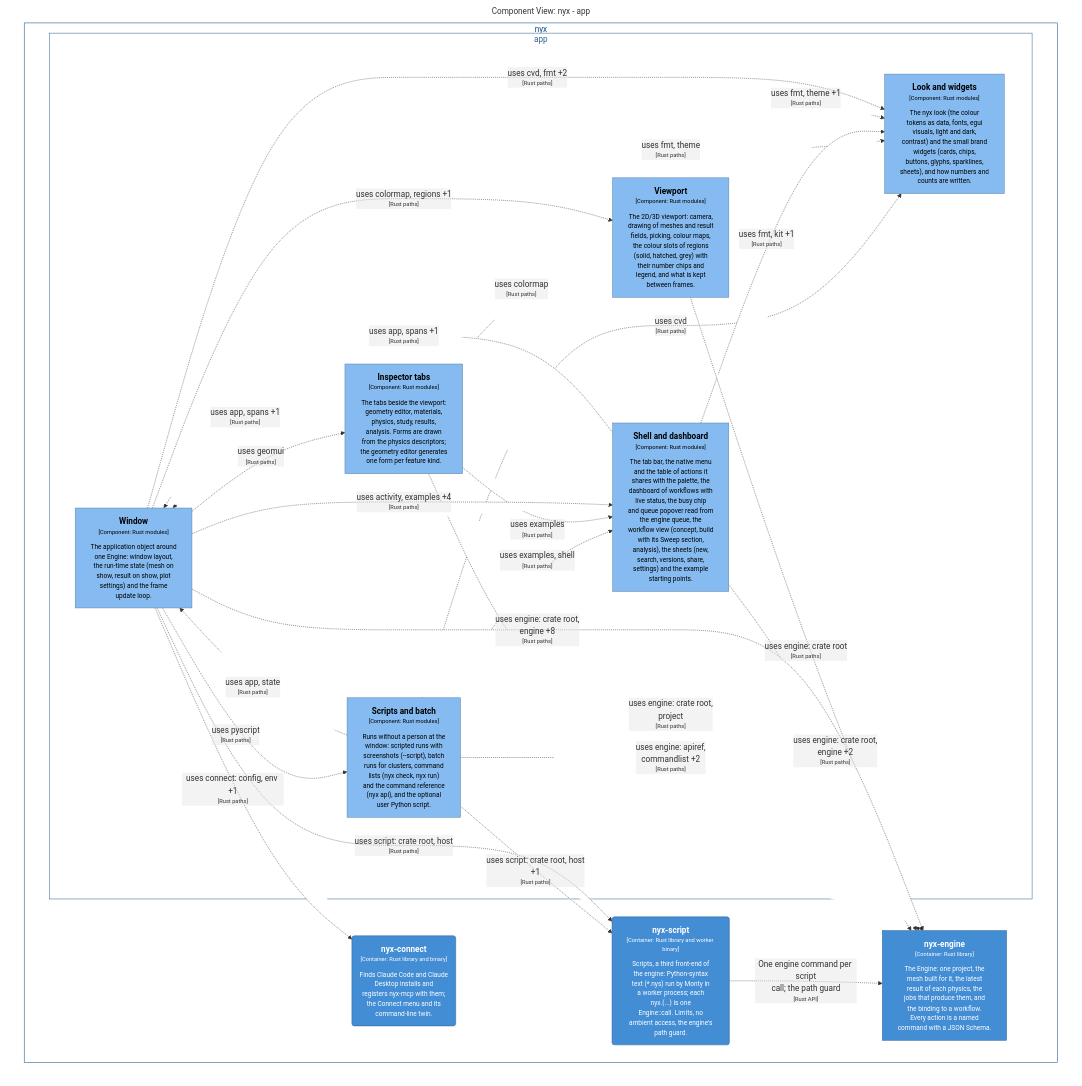
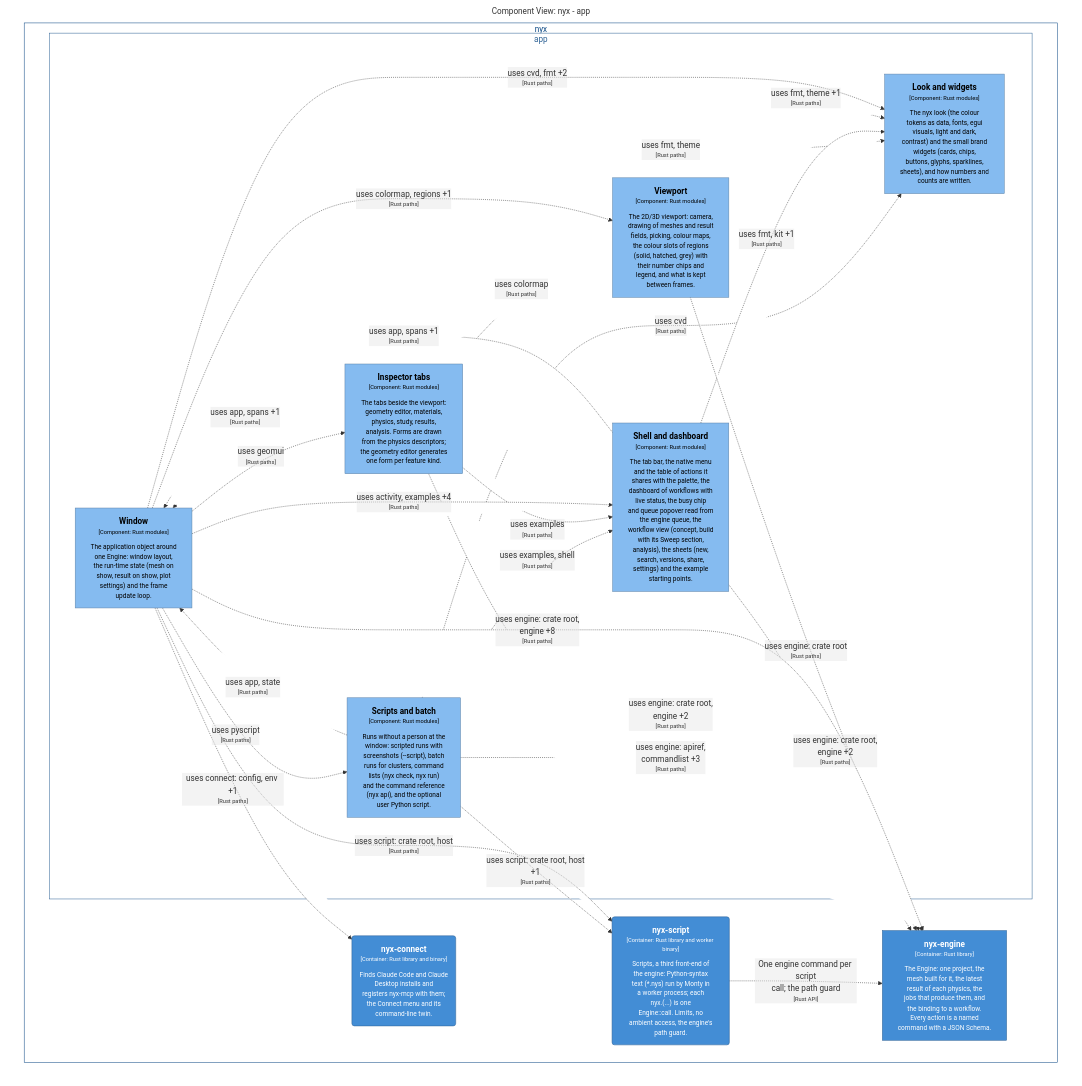
The diagram in docs/architecture/c4/export/mermaid/structurizr-Components_app.mmd (p-j-r/nyx), drawn with Mermaid before and after one commit. The commit also changed 150 other files, not shown here.

```diff
--- a/docs/architecture/c4/export/mermaid/structurizr-Components_app.mmd
+++ b/docs/architecture/c4/export/mermaid/structurizr-Components_app.mmd
@@ -1,60 +1,60 @@
 graph TB
   linkStyle default fill:#ffffff
 
   subgraph diagram ["Component View: nyx - app"]
     style diagram fill:#ffffff,stroke:#ffffff
 
     subgraph 5 ["nyx"]
       style 5 fill:#ffffff,stroke:#0b4884,color:#0b4884
 
       subgraph 6 ["app"]
         style 6 fill:#ffffff,stroke:#2e6295,color:#2e6295
 
         10["<div style='font-weight: bold'>Viewport</div><div style='font-size: 70%; margin-top: 0px'>[Component: Rust modules]</div><div style='font-size: 80%; margin-top:10px'>The 2D/3D viewport: camera,<br />drawing of meshes and result<br />fields, picking, colour maps,<br />the colour slots of regions<br />(solid, hatched, grey) with<br />their number chips and<br />legend, and what is kept<br />between frames.</div>"]
         style 10 fill:#85bbf0,stroke:#5d82a8,color:#000000
         11["<div style='font-weight: bold'>Look and widgets</div><div style='font-size: 70%; margin-top: 0px'>[Component: Rust modules]</div><div style='font-size: 80%; margin-top:10px'>The nyx look (the colour<br />tokens as data, fonts, egui<br />visuals, light and dark,<br />contrast) and the small brand<br />widgets (cards, chips,<br />buttons, glyphs, sparklines,<br />sheets), and how numbers and<br />counts are written.</div>"]
         style 11 fill:#85bbf0,stroke:#5d82a8,color:#000000
         12["<div style='font-weight: bold'>Scripts and batch</div><div style='font-size: 70%; margin-top: 0px'>[Component: Rust modules]</div><div style='font-size: 80%; margin-top:10px'>Runs without a person at the<br />window: scripted runs with<br />screenshots (--script), batch<br />runs for clusters, command<br />lists (nyx check, nyx run)<br />and the command reference<br />(nyx api), and the optional<br />user Python script.</div>"]
         style 12 fill:#85bbf0,stroke:#5d82a8,color:#000000
         7["<div style='font-weight: bold'>Window</div><div style='font-size: 70%; margin-top: 0px'>[Component: Rust modules]</div><div style='font-size: 80%; margin-top:10px'>The application object around<br />one Engine: window layout,<br />the run-time state (mesh on<br />show, result on show, plot<br />settings) and the frame<br />update loop.</div>"]
         style 7 fill:#85bbf0,stroke:#5d82a8,color:#000000
         8["<div style='font-weight: bold'>Shell and dashboard</div><div style='font-size: 70%; margin-top: 0px'>[Component: Rust modules]</div><div style='font-size: 80%; margin-top:10px'>The tab bar, the native menu<br />and the table of actions it<br />shares with the palette, the<br />dashboard of workflows with<br />live status, the busy chip<br />and queue popover read from<br />the engine queue, the<br />workflow view (concept, build<br />with its Sweep section,<br />analysis), the sheets (new,<br />search, versions, share,<br />settings) and the example<br />starting points.</div>"]
         style 8 fill:#85bbf0,stroke:#5d82a8,color:#000000
         9["<div style='font-weight: bold'>Inspector tabs</div><div style='font-size: 70%; margin-top: 0px'>[Component: Rust modules]</div><div style='font-size: 80%; margin-top:10px'>The tabs beside the viewport:<br />geometry editor, materials,<br />physics, study, results,<br />analysis. Forms are drawn<br />from the physics descriptors;<br />the geometry editor generates<br />one form per feature kind.</div>"]
         style 9 fill:#85bbf0,stroke:#5d82a8,color:#000000
       end
 
       16("<div style='font-weight: bold'>nyx-script</div><div style='font-size: 70%; margin-top: 0px'>[Container: Rust library and worker binary]</div><div style='font-size: 80%; margin-top:10px'>Scripts, a third front-end of<br />the engine: Python-syntax<br />text (*.nys) run by Monty in<br />a worker process; each<br />nyx.<command>(...) is one<br />Engine::call. Limits, no<br />ambient access, the engine's<br />path guard.</div>")
       style 16 fill:#438dd5,stroke:#2e6295,color:#ffffff
       22("<div style='font-weight: bold'>nyx-connect</div><div style='font-size: 70%; margin-top: 0px'>[Container: Rust library and binary]</div><div style='font-size: 80%; margin-top:10px'>Finds Claude Code and Claude<br />Desktop installs and<br />registers nyx-mcp with them;<br />the Connect menu and its<br />command-line twin.</div>")
       style 22 fill:#438dd5,stroke:#2e6295,color:#ffffff
       28["<div style='font-weight: bold'>nyx-engine</div><div style='font-size: 70%; margin-top: 0px'>[Container: Rust library]</div><div style='font-size: 80%; margin-top:10px'>The Engine: one project, the<br />mesh built for it, the latest<br />result of each physics, the<br />jobs that produce them, and<br />the binding to a workflow.<br />Every action is a named<br />command with a JSON Schema.</div>"]
       style 28 fill:#438dd5,stroke:#2e6295,color:#ffffff
     end
 
     16-. "<div>One engine command per script<br />call; the path guard</div><div style='font-size: 70%'>[Rust API]</div>" .->28
-    12-. "<div>uses engine: apiref,<br />commandlist +2</div><div style='font-size: 70%'>[Rust paths]</div>" .->28
+    12-. "<div>uses engine: apiref,<br />commandlist +3</div><div style='font-size: 70%'>[Rust paths]</div>" .->28
     12-. "<div>uses script: crate root, host<br />+1</div><div style='font-size: 70%'>[Rust paths]</div>" .->16
     12-. "<div>uses examples, shell</div><div style='font-size: 70%'>[Rust paths]</div>" .->8
     12-. "<div>uses cvd</div><div style='font-size: 70%'>[Rust paths]</div>" .->11
     12-. "<div>uses app, state</div><div style='font-size: 70%'>[Rust paths]</div>" .->7
-    9-. "<div>uses engine: crate root,<br />project</div><div style='font-size: 70%'>[Rust paths]</div>" .->28
+    9-. "<div>uses engine: crate root,<br />engine +2</div><div style='font-size: 70%'>[Rust paths]</div>" .->28
     9-. "<div>uses examples</div><div style='font-size: 70%'>[Rust paths]</div>" .->8
     9-. "<div>uses fmt, theme</div><div style='font-size: 70%'>[Rust paths]</div>" .->11
     9-. "<div>uses colormap</div><div style='font-size: 70%'>[Rust paths]</div>" .->10
     9-. "<div>uses app, spans +1</div><div style='font-size: 70%'>[Rust paths]</div>" .->7
     8-. "<div>uses engine: crate root,<br />engine +2</div><div style='font-size: 70%'>[Rust paths]</div>" .->28
     8-. "<div>uses fmt, kit +1</div><div style='font-size: 70%'>[Rust paths]</div>" .->11
     8-. "<div>uses app, spans +1</div><div style='font-size: 70%'>[Rust paths]</div>" .->7
     10-. "<div>uses engine: crate root</div><div style='font-size: 70%'>[Rust paths]</div>" .->28
     10-. "<div>uses fmt, theme +1</div><div style='font-size: 70%'>[Rust paths]</div>" .->11
     7-. "<div>uses connect: config, env +1</div><div style='font-size: 70%'>[Rust paths]</div>" .->22
     7-. "<div>uses engine: crate root,<br />engine +8</div><div style='font-size: 70%'>[Rust paths]</div>" .->28
     7-. "<div>uses script: crate root, host</div><div style='font-size: 70%'>[Rust paths]</div>" .->16
     7-. "<div>uses pyscript</div><div style='font-size: 70%'>[Rust paths]</div>" .->12
     7-. "<div>uses geomui</div><div style='font-size: 70%'>[Rust paths]</div>" .->9
     7-. "<div>uses activity, examples +4</div><div style='font-size: 70%'>[Rust paths]</div>" .->8
     7-. "<div>uses cvd, fmt +2</div><div style='font-size: 70%'>[Rust paths]</div>" .->11
     7-. "<div>uses colormap, regions +1</div><div style='font-size: 70%'>[Rust paths]</div>" .->10
 
   end
```
